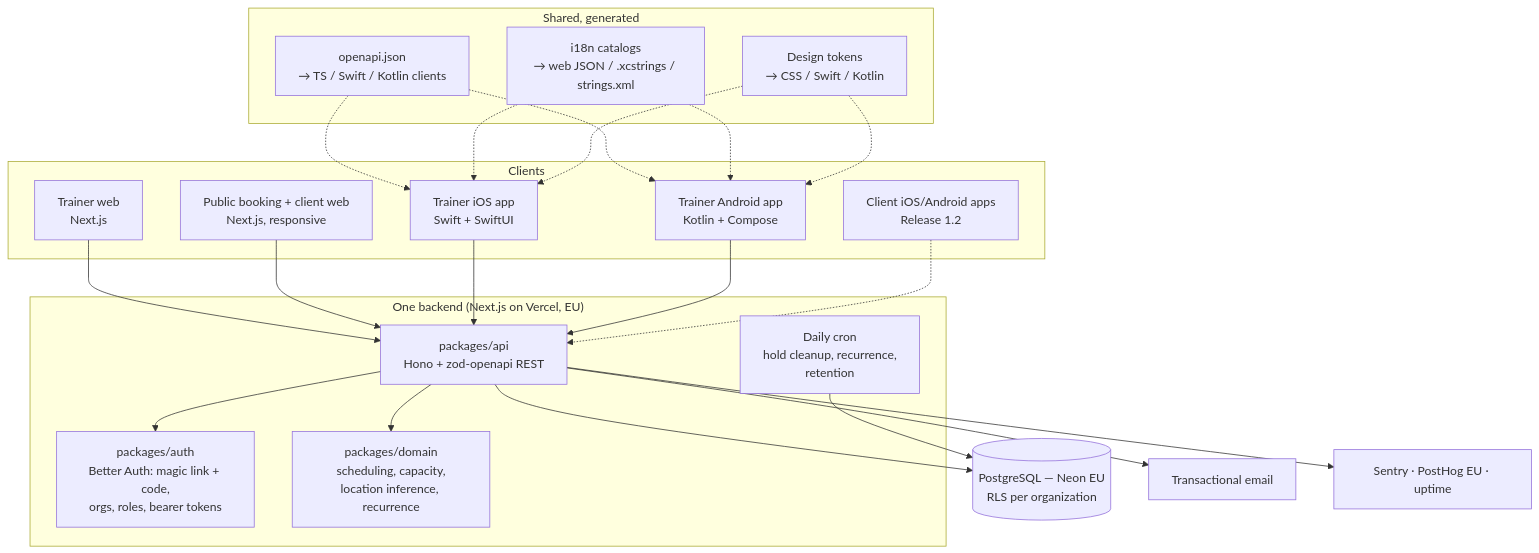
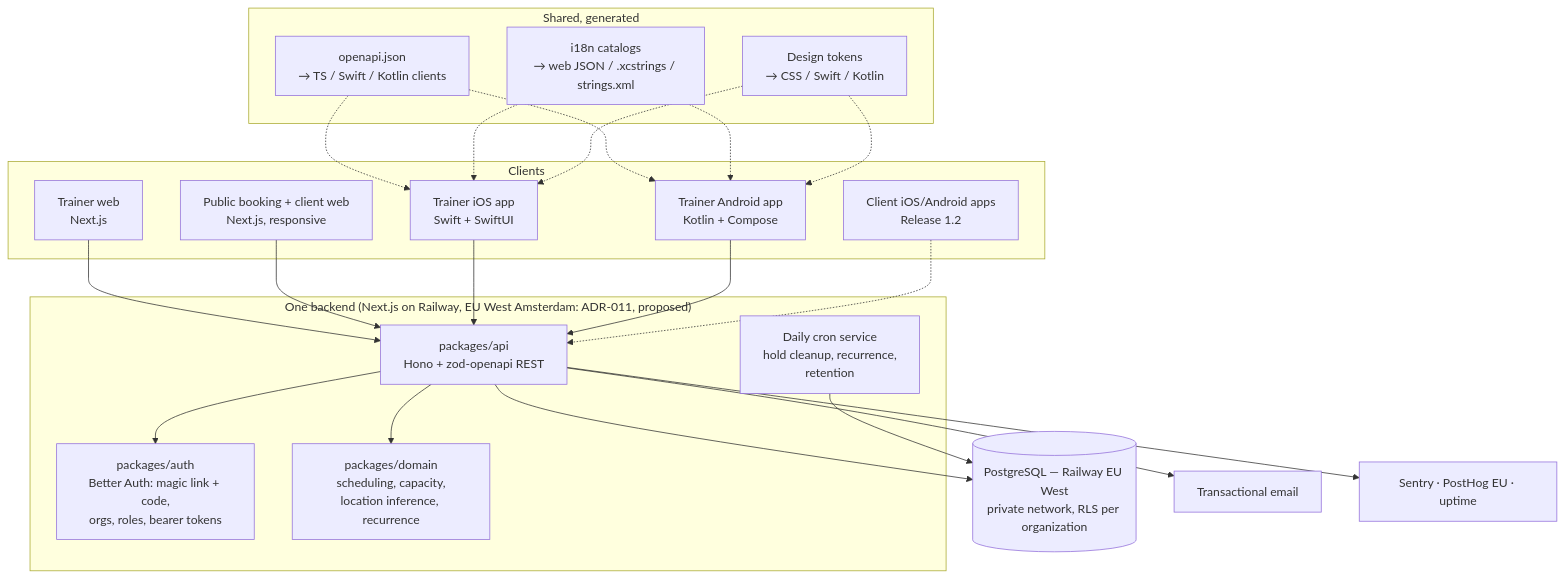
One commit to fivvi-app/fivvi changed the second of 2 diagrams in docs/product/ROADMAP.md. Above: the diagram before and after it, drawn with Mermaid. The commit also changed other lines of this file and 16 other files, not shown here.

First line of the commit message:
docs: write up ADRs 001-015 and propose Railway for ADR-011

````diff
--- a/docs/product/ROADMAP.md
+++ b/docs/product/ROADMAP.md
@@ -586,45 +586,45 @@
 ```mermaid
 flowchart TB
   subgraph Clients
     TW[Trainer web<br/>Next.js]
     PB[Public booking + client web<br/>Next.js, responsive]
     IOS[Trainer iOS app<br/>Swift + SwiftUI]
     AND[Trainer Android app<br/>Kotlin + Compose]
     CM[Client iOS/Android apps<br/>Release 1.2]
   end
 
   subgraph Contract["Shared, generated"]
     OAS[openapi.json<br/>→ TS / Swift / Kotlin clients]
     STR[i18n catalogs<br/>→ web JSON / .xcstrings / strings.xml]
     TOK[Design tokens<br/>→ CSS / Swift / Kotlin]
   end
 
-  subgraph Backend["One backend (Next.js on Vercel, EU)"]
+  subgraph Backend["One backend (Next.js on Railway, EU West Amsterdam: ADR-011, proposed)"]
     API[packages/api<br/>Hono + zod-openapi REST]
     AUTH[packages/auth<br/>Better Auth: magic link + code,<br/>orgs, roles, bearer tokens]
     DOM[packages/domain<br/>scheduling, capacity,<br/>location inference, recurrence]
-    CRON[Daily cron<br/>hold cleanup, recurrence,<br/>retention]
+    CRON[Daily cron service<br/>hold cleanup, recurrence,<br/>retention]
   end
 
-  DB[(PostgreSQL — Neon EU<br/>RLS per organization)]
+  DB[(PostgreSQL — Railway EU West<br/>private network, RLS per organization)]
   MAIL[Transactional email]
   OBS[Sentry · PostHog EU · uptime]
 
   TW --> API
   PB --> API
   IOS --> API
   AND --> API
   CM -.-> API
   OAS -.-> IOS
   OAS -.-> AND
   STR -.-> IOS
   STR -.-> AND
   TOK -.-> IOS
   TOK -.-> AND
   API --> AUTH
   API --> DOM
   API --> DB
   API --> MAIL
   CRON --> DB
   API --> OBS
 ```
````
